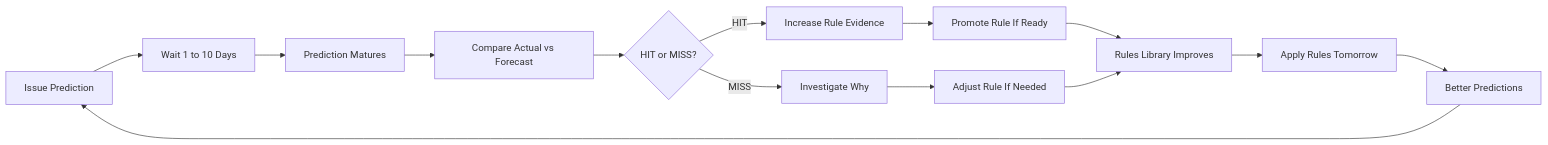
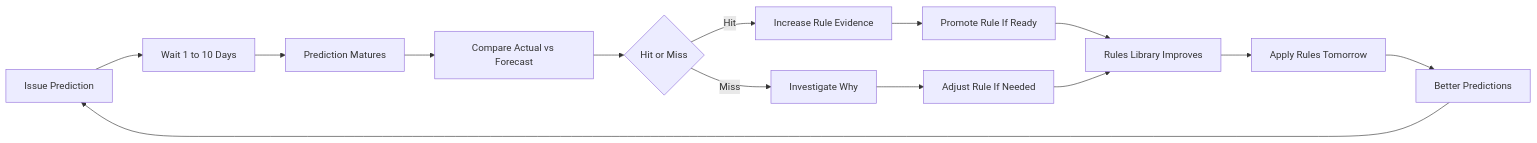
The sixth of 8 diagrams in reports/DAILY_PIPELINE_OVERVIEW.md (razaaflak/psx-analyst-agent), drawn with Mermaid before and after one commit. The commit also changed other lines of this file and 217 other files, not shown here.

First line of the commit message:
Architecture upgrade: 5yr OHLC universe, fundamentals store, backtest engine, condition-search

````diff
--- a/reports/DAILY_PIPELINE_OVERVIEW.md
+++ b/reports/DAILY_PIPELINE_OVERVIEW.md
@@ -549,16 +529,16 @@
 ```mermaid
 graph LR
   A[Issue Prediction] --> B[Wait 1 to 10 Days]
   B --> C[Prediction Matures]
   C --> D[Compare Actual vs Forecast]
-  D --> E{HIT or MISS?}
-  E -->|HIT| F[Increase Rule Evidence]
-  E -->|MISS| G[Investigate Why]
+  D --> E{Hit or Miss}
+  E -->|Hit| F[Increase Rule Evidence]
+  E -->|Miss| G[Investigate Why]
   F --> H[Promote Rule If Ready]
   G --> I[Adjust Rule If Needed]
   H --> J[Rules Library Improves]
   I --> J
   J --> K[Apply Rules Tomorrow]
   K --> L[Better Predictions]
   L --> A
 ```
````
